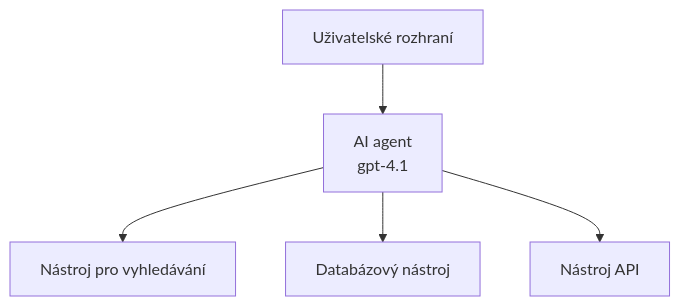
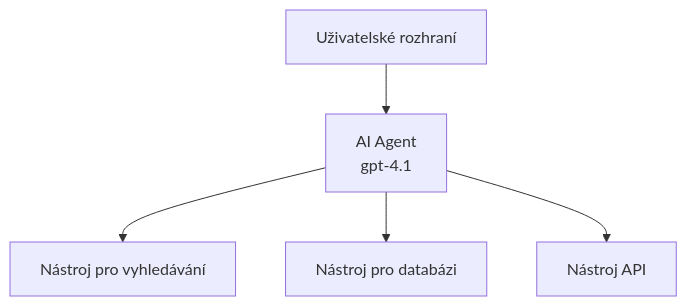
Before and after one commit to microsoft/AZD-for-beginners: the first of 3 diagrams in translations/cs/docs/chapter-02-ai-development/agents.md, drawn with Mermaid. The commit also changed other lines of this file and 101 other files, not shown here.

````diff
--- a/translations/cs/docs/chapter-02-ai-development/agents.md
+++ b/translations/cs/docs/chapter-02-ai-development/agents.md
@@ -152,7 +157,7 @@
 ```mermaid
 graph TD
-    UI[Uživatelské rozhraní] --> Agent[AI agent<br/>gpt-4.1]
+    UI[Uživatelské rozhraní] --> Agent[AI Agent<br/>gpt-4.1]
     Agent --> Search[Nástroj pro vyhledávání]
-    Agent --> Database[Databázový nástroj]
+    Agent --> Database[Nástroj pro databázi]
     Agent --> API[Nástroj API]
-```
+```  
````
